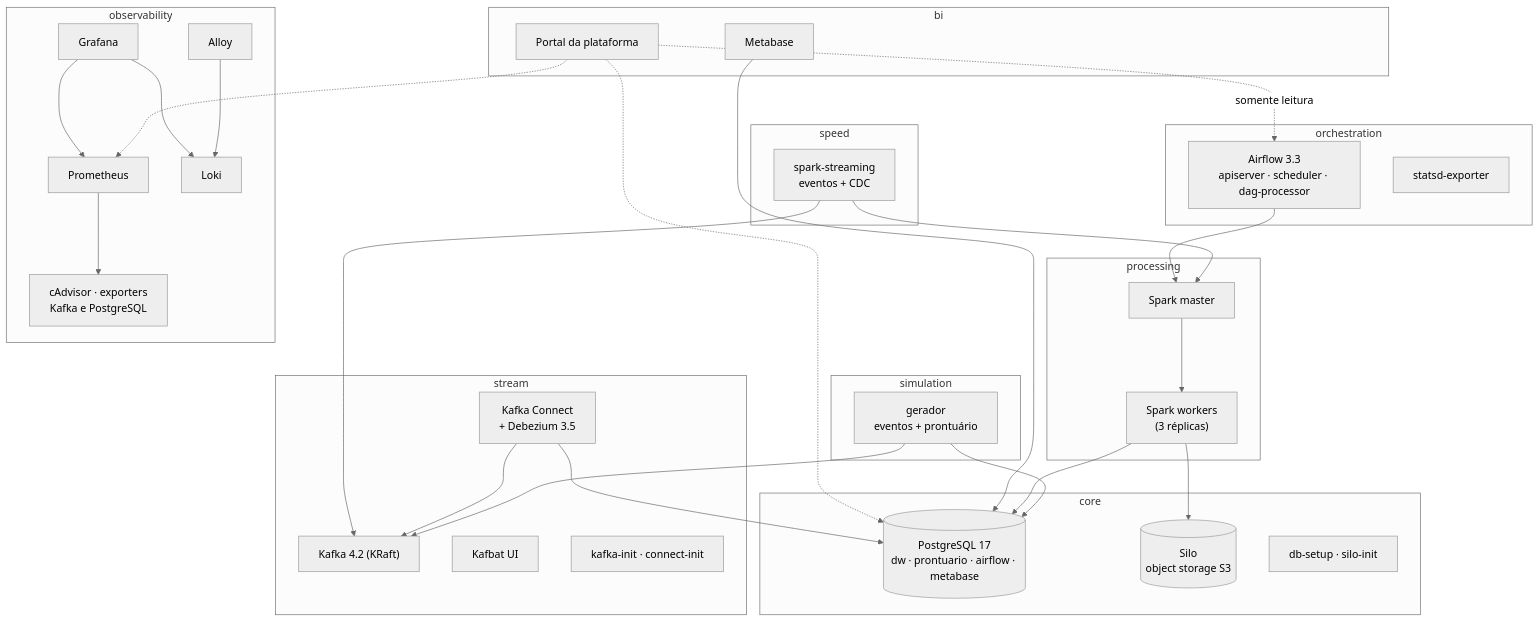
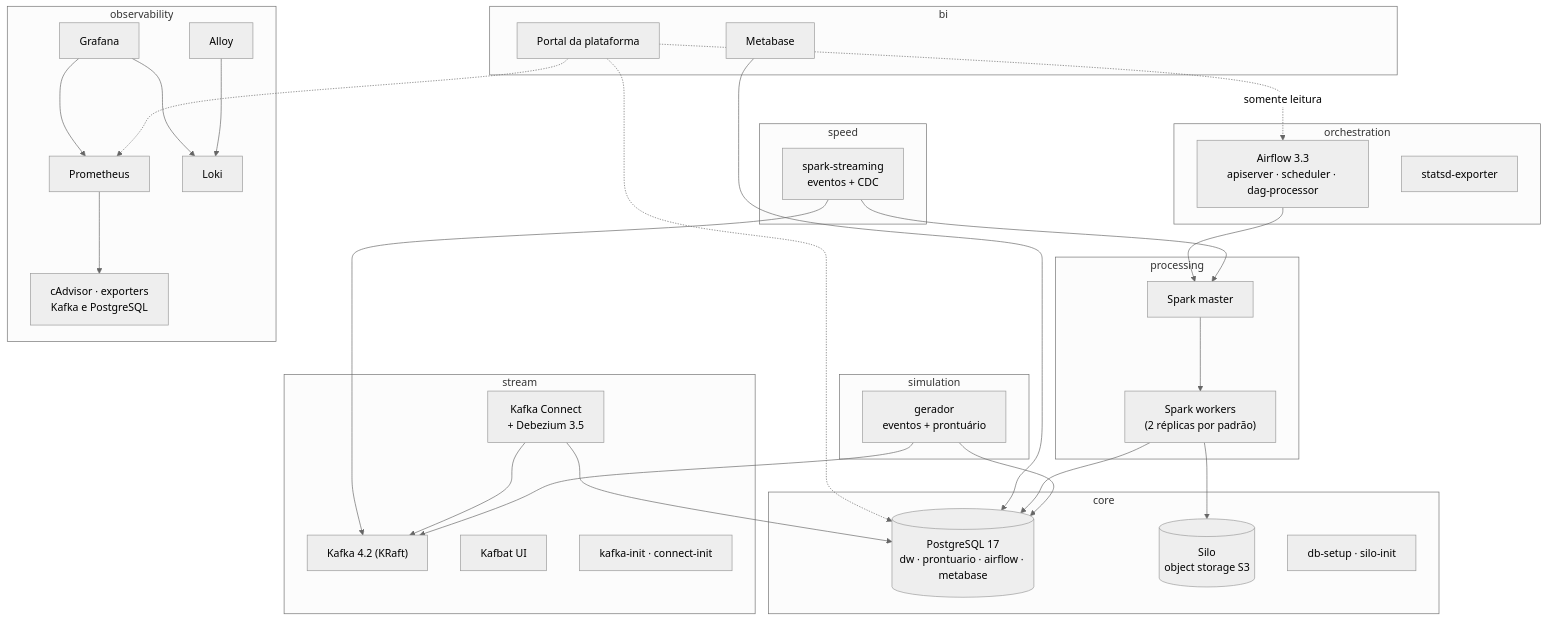
The second of 6 diagrams in README.md (Dx028/case-saude), drawn with Mermaid (neutral theme) before and after one commit. The commit also changed other lines of this file, not shown here.

````diff
--- a/README.md
+++ b/README.md
@@ -136,58 +136,58 @@
 ```mermaid
 flowchart TB
     subgraph CORE["core"]
         PG[("PostgreSQL 17<br/>dw · prontuario · airflow · metabase")]
         SILO[("Silo<br/>object storage S3")]
         INIT1["db-setup · silo-init"]
     end
     subgraph STREAM["stream"]
         KAFKA["Kafka 4.2 (KRaft)"]
         CONNECT["Kafka Connect<br/>+ Debezium 3.5"]
         KUI["Kafbat UI"]
         INIT2["kafka-init · connect-init"]
     end
     subgraph PROCESSING["processing"]
         SM["Spark master"]
-        SW["Spark workers<br/>(3 réplicas)"]
+        SW["Spark workers<br/>(2 réplicas por padrão)"]
     end
     subgraph SPEEDP["speed"]
         SS["spark-streaming<br/>eventos + CDC"]
     end
     subgraph ORCH["orchestration"]
         AFS["Airflow 3.3<br/>apiserver · scheduler · dag-processor"]
         STATSD["statsd-exporter"]
     end
     subgraph BIP["bi"]
         MB["Metabase"]
         PORTAL["Portal da plataforma"]
     end
     subgraph SIM["simulation"]
         GEN["gerador<br/>eventos + prontuário"]
     end
     subgraph OBS["observability"]
         PROM["Prometheus"]
         GRAF["Grafana"]
         LOKI["Loki"]
         ALLOY["Alloy"]
         EXP["cAdvisor · exporters<br/>Kafka e PostgreSQL"]
     end
 
     GEN --> KAFKA
     GEN --> PG
     CONNECT --> PG
     CONNECT --> KAFKA
     SS --> KAFKA
     SS --> SM
     AFS --> SM
     SM --> SW
     SW --> SILO
     SW --> PG
     MB --> PG
     PORTAL -.->|"somente leitura"| AFS
     PORTAL -.-> PROM
     PORTAL -.-> PG
     PROM --> EXP
     ALLOY --> LOKI
     GRAF --> PROM
     GRAF --> LOKI
 ```
````
